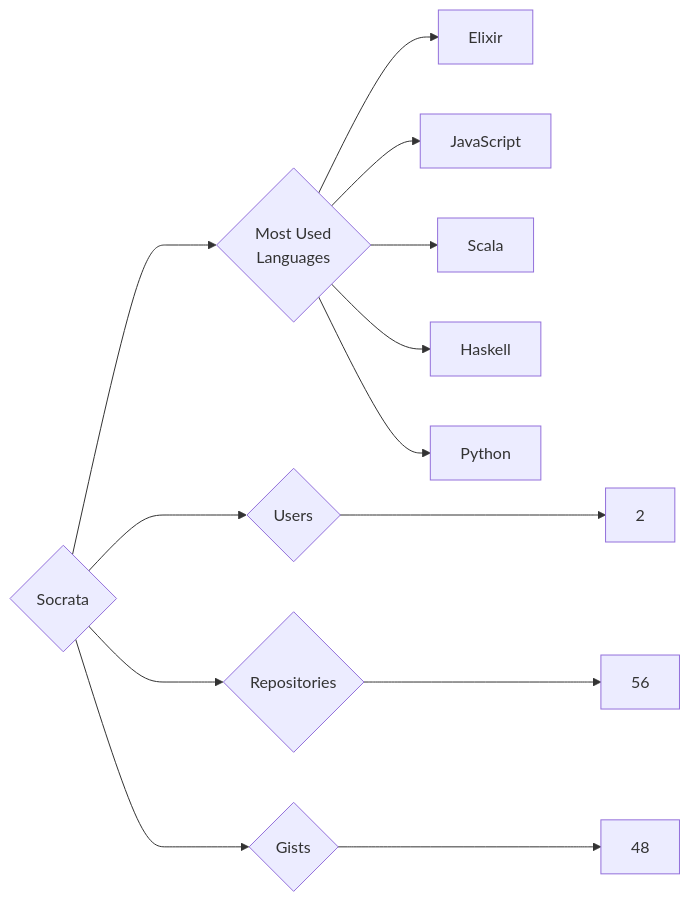
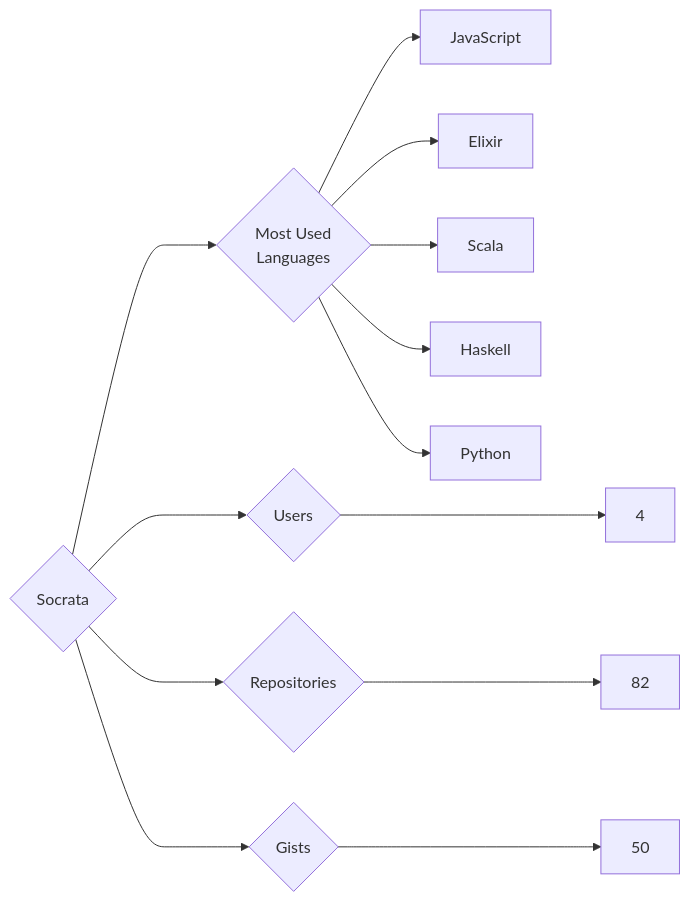
Before and after one commit to trickest/insiders: the diagram in targets/Socrata/README.md, drawn with Mermaid. The commit also changed 969 other files, not shown here.

````diff
--- a/targets/Socrata/README.md
+++ b/targets/Socrata/README.md
@@ -3,13 +3,13 @@
 ```mermaid
 graph LR
 COMPANY_NAME{Socrata}
-COMPANY_NAME ---> U{Users} ---> UN[2]
-COMPANY_NAME ---> R{Repositories} ---> RN[56]
-COMPANY_NAME ---> G{Gists} ---> GN[48]
+COMPANY_NAME ---> U{Users} ---> UN[4]
+COMPANY_NAME ---> R{Repositories} ---> RN[82]
+COMPANY_NAME ---> G{Gists} ---> GN[50]
 COMPANY_NAME ---> ML{Most Used<br>Languages}
+ML --> JavaScript[JavaScript]
 ML --> Elixir[Elixir]
-ML --> JavaScript[JavaScript]
 ML --> Scala[Scala]
 ML --> Haskell[Haskell]
 ML --> Python[Python]
 ```
````
